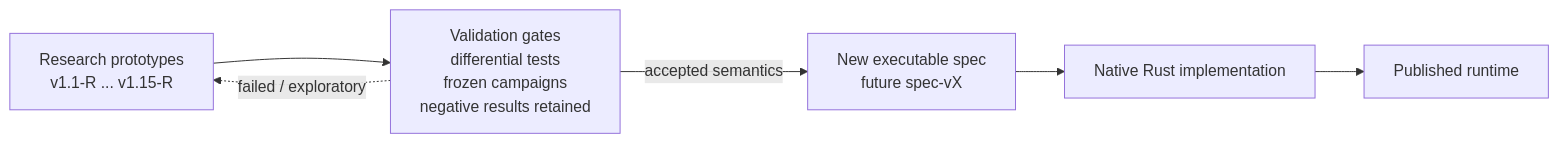
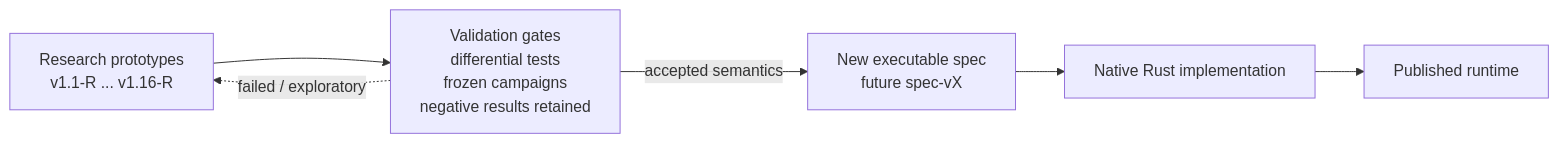
The second of 14 diagrams in docs/ARCHITECTURE.md (ordinaly/cortex), drawn with Mermaid before and after one commit. The commit also changed other lines of this file, not shown here.

Commit message:
Advance architecture frontier to v1.16-R

````diff
--- a/docs/ARCHITECTURE.md
+++ b/docs/ARCHITECTURE.md
@@ -81,15 +81,15 @@
 ```mermaid
 flowchart LR
-    R["Research prototypes<br/>v1.1-R ... v1.15-R"]
+    R["Research prototypes<br/>v1.1-R ... v1.16-R"]
     G["Validation gates<br/>differential tests<br/>frozen campaigns<br/>negative results retained"]
     S["New executable spec<br/>future spec-vX"]
     N["Native Rust implementation"]
     P["Published runtime"]
 
     R --> G
     G -->|"accepted semantics"| S
     S --> N
     N --> P
 
     G -.->|"failed / exploratory"| R
 ```
````
